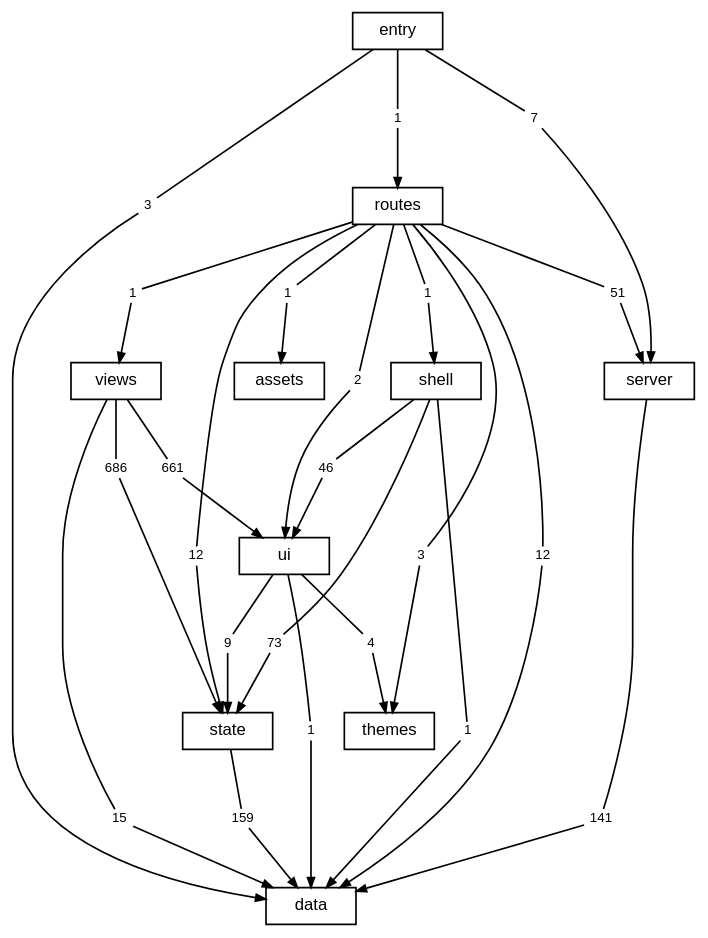
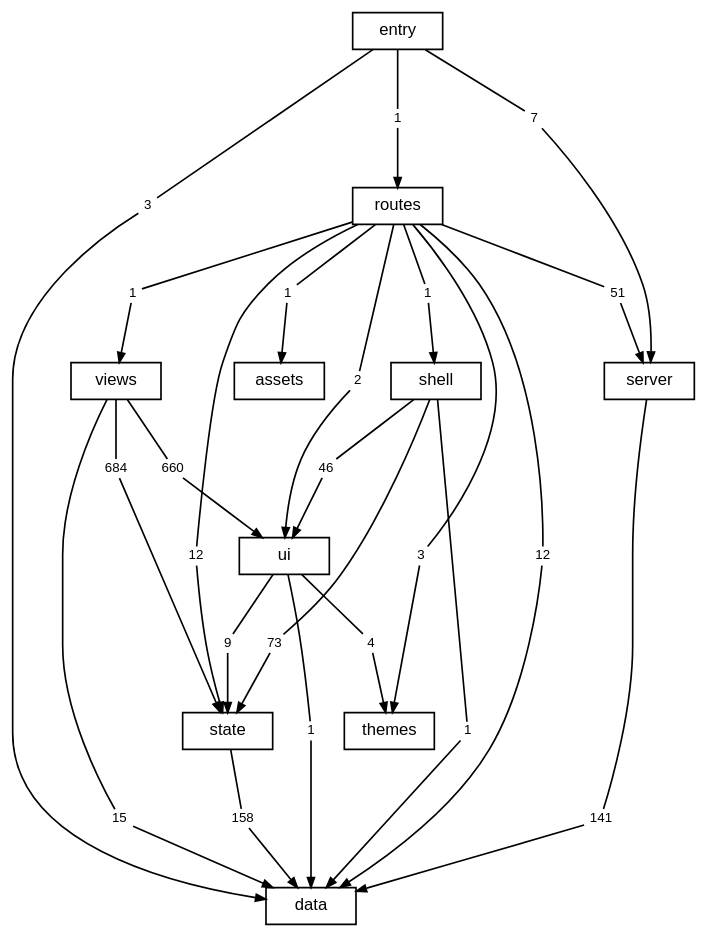
One commit to TheAxeC/oculus changed the diagram in docs/diagrams/layers.dot. Above: the diagram before and after it, drawn with Graphviz. The commit also changed 49 other files, not shown here.

```diff
--- a/docs/diagrams/layers.dot
+++ b/docs/diagrams/layers.dot
@@ -1,81 +1,81 @@
 digraph layers {
     graph [bgcolor="transparent", rankdir=TB, newrank=true, fontname="Helvetica,Arial,sans-serif", fontsize=12, nodesep=0.2, ranksep=0.5];
     node [shape=box, color="black", fontcolor="black", fontname="Helvetica,Arial,sans-serif", fontsize=10, height=0.3, margin="0.12,0.04"];
     edge [color="black", fontcolor="black", fontname="Helvetica,Arial,sans-serif", fontsize=8, arrowsize=0.6];
     "data";
     "server";
     "state";
     "ui";
     "shell";
     "views";
     "themes";
     "routes";
     "src" [label="entry"];
     "files: assets" [label="assets"];
     "routes to data" [label="12", shape=box, color="transparent", fontsize=8, width=0, height=0, margin="0.04,0.02"];
     "routes" -> "routes to data" [arrowhead=none];
     "routes to data" -> "data" [];
     "routes to files: assets" [label="1", shape=box, color="transparent", fontsize=8, width=0, height=0, margin="0.04,0.02"];
     "routes" -> "routes to files: assets" [arrowhead=none];
     "routes to files: assets" -> "files: assets" [];
     "routes to server" [label="51", shape=box, color="transparent", fontsize=8, width=0, height=0, margin="0.04,0.02"];
     "routes" -> "routes to server" [arrowhead=none];
     "routes to server" -> "server" [];
     "routes to shell" [label="1", shape=box, color="transparent", fontsize=8, width=0, height=0, margin="0.04,0.02"];
     "routes" -> "routes to shell" [arrowhead=none];
     "routes to shell" -> "shell" [];
     "routes to state" [label="12", shape=box, color="transparent", fontsize=8, width=0, height=0, margin="0.04,0.02"];
     "routes" -> "routes to state" [arrowhead=none];
     "routes to state" -> "state" [];
     "routes to themes" [label="3", shape=box, color="transparent", fontsize=8, width=0, height=0, margin="0.04,0.02"];
     "routes" -> "routes to themes" [arrowhead=none];
     "routes to themes" -> "themes" [];
     "routes to ui" [label="2", shape=box, color="transparent", fontsize=8, width=0, height=0, margin="0.04,0.02"];
     "routes" -> "routes to ui" [arrowhead=none];
     "routes to ui" -> "ui" [];
     "routes to views" [label="1", shape=box, color="transparent", fontsize=8, width=0, height=0, margin="0.04,0.02"];
     "routes" -> "routes to views" [arrowhead=none];
     "routes to views" -> "views" [];
     "server to data" [label="141", shape=box, color="transparent", fontsize=8, width=0, height=0, margin="0.04,0.02"];
     "server" -> "server to data" [arrowhead=none];
     "server to data" -> "data" [];
     "shell to data" [label="1", shape=box, color="transparent", fontsize=8, width=0, height=0, margin="0.04,0.02"];
     "shell" -> "shell to data" [arrowhead=none];
     "shell to data" -> "data" [];
     "shell to state" [label="73", shape=box, color="transparent", fontsize=8, width=0, height=0, margin="0.04,0.02"];
     "shell" -> "shell to state" [arrowhead=none];
     "shell to state" -> "state" [];
     "shell to ui" [label="46", shape=box, color="transparent", fontsize=8, width=0, height=0, margin="0.04,0.02"];
     "shell" -> "shell to ui" [arrowhead=none];
     "shell to ui" -> "ui" [];
     "src to data" [label="3", shape=box, color="transparent", fontsize=8, width=0, height=0, margin="0.04,0.02"];
     "src" -> "src to data" [arrowhead=none];
     "src to data" -> "data" [];
     "src to routes" [label="1", shape=box, color="transparent", fontsize=8, width=0, height=0, margin="0.04,0.02"];
     "src" -> "src to routes" [arrowhead=none];
     "src to routes" -> "routes" [];
     "src to server" [label="7", shape=box, color="transparent", fontsize=8, width=0, height=0, margin="0.04,0.02"];
     "src" -> "src to server" [arrowhead=none];
     "src to server" -> "server" [];
-    "state to data" [label="159", shape=box, color="transparent", fontsize=8, width=0, height=0, margin="0.04,0.02"];
+    "state to data" [label="158", shape=box, color="transparent", fontsize=8, width=0, height=0, margin="0.04,0.02"];
     "state" -> "state to data" [arrowhead=none];
     "state to data" -> "data" [];
     "ui to data" [label="1", shape=box, color="transparent", fontsize=8, width=0, height=0, margin="0.04,0.02"];
     "ui" -> "ui to data" [arrowhead=none];
     "ui to data" -> "data" [];
     "ui to state" [label="9", shape=box, color="transparent", fontsize=8, width=0, height=0, margin="0.04,0.02"];
     "ui" -> "ui to state" [arrowhead=none];
     "ui to state" -> "state" [];
     "ui to themes" [label="4", shape=box, color="transparent", fontsize=8, width=0, height=0, margin="0.04,0.02"];
     "ui" -> "ui to themes" [arrowhead=none];
     "ui to themes" -> "themes" [];
     "views to data" [label="15", shape=box, color="transparent", fontsize=8, width=0, height=0, margin="0.04,0.02"];
     "views" -> "views to data" [arrowhead=none];
     "views to data" -> "data" [];
-    "views to state" [label="686", shape=box, color="transparent", fontsize=8, width=0, height=0, margin="0.04,0.02"];
+    "views to state" [label="684", shape=box, color="transparent", fontsize=8, width=0, height=0, margin="0.04,0.02"];
     "views" -> "views to state" [arrowhead=none];
     "views to state" -> "state" [];
-    "views to ui" [label="661", shape=box, color="transparent", fontsize=8, width=0, height=0, margin="0.04,0.02"];
+    "views to ui" [label="660", shape=box, color="transparent", fontsize=8, width=0, height=0, margin="0.04,0.02"];
     "views" -> "views to ui" [arrowhead=none];
     "views to ui" -> "ui" [];
 }
```
